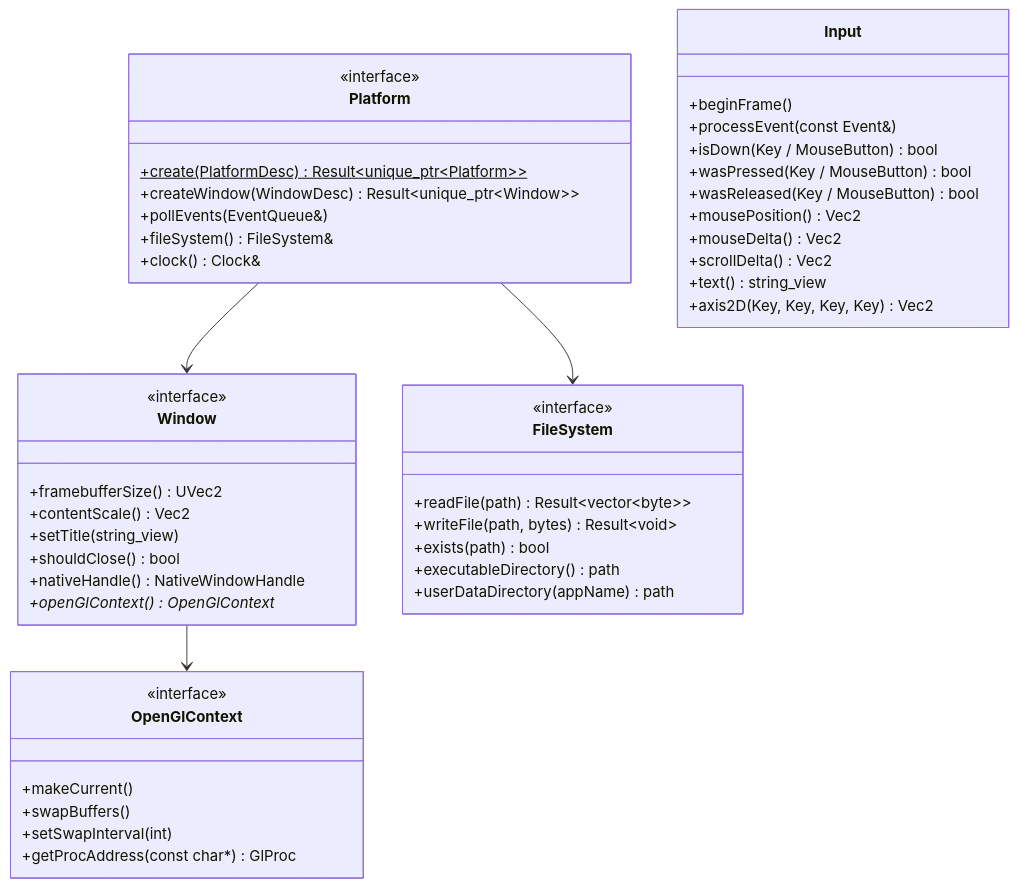
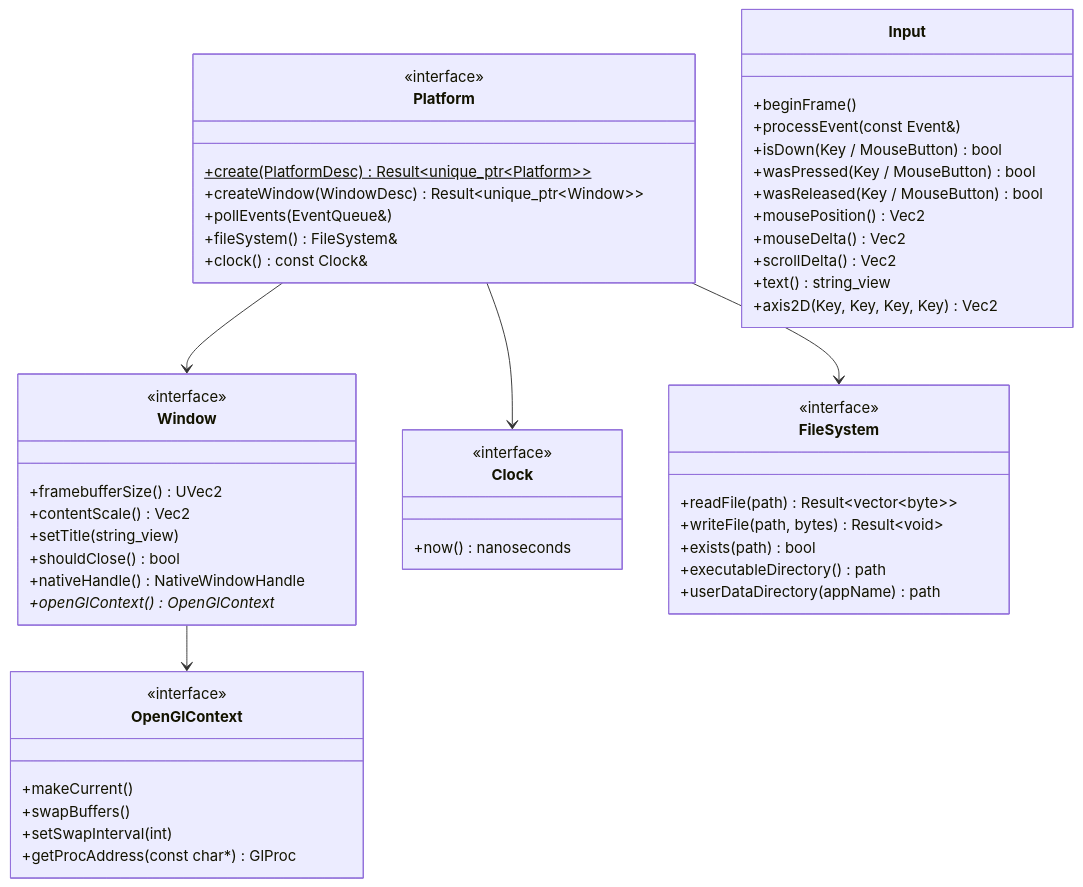
Before and after one commit to fyernald/teserra: the diagram in docs/architecture/platform-abstraction.md, drawn with Mermaid. The commit also changed other lines of this file and 14 other files, not shown here.

First line of the commit message:
feat(platform): add clock, frame timer and fixed-step accumulator (#163)

````diff
--- a/docs/architecture/platform-abstraction.md
+++ b/docs/architecture/platform-abstraction.md
@@ -21,50 +21,55 @@
 ```mermaid
 classDiagram
     class Platform {
         <<interface>>
         +create(PlatformDesc) Result~unique_ptr~Platform~~$
         +createWindow(WindowDesc) Result~unique_ptr~Window~~
         +pollEvents(EventQueue&)
         +fileSystem() FileSystem&
-        +clock() Clock&
+        +clock() const Clock&
     }
     class Window {
         <<interface>>
         +framebufferSize() UVec2
         +contentScale() Vec2
         +setTitle(string_view)
         +shouldClose() bool
         +nativeHandle() NativeWindowHandle
         +openGlContext() OpenGlContext*
     }
     class OpenGlContext {
         <<interface>>
         +makeCurrent()
         +swapBuffers()
         +setSwapInterval(int)
         +getProcAddress(const char*) GlProc
     }
     class Input {
         +beginFrame()
         +processEvent(const Event&)
         +isDown(Key / MouseButton) bool
         +wasPressed(Key / MouseButton) bool
         +wasReleased(Key / MouseButton) bool
         +mousePosition() Vec2
         +mouseDelta() Vec2
         +scrollDelta() Vec2
         +text() string_view
         +axis2D(Key, Key, Key, Key) Vec2
     }
+    class Clock {
+        <<interface>>
+        +now() nanoseconds
+    }
     class FileSystem {
         <<interface>>
         +readFile(path) Result~vector~byte~~
         +writeFile(path, bytes) Result~void~
         +exists(path) bool
         +executableDirectory() path
         +userDataDirectory(appName) path
     }
     Platform --> Window
     Window --> OpenGlContext
     Platform --> FileSystem
+    Platform --> Clock
 ```
````
